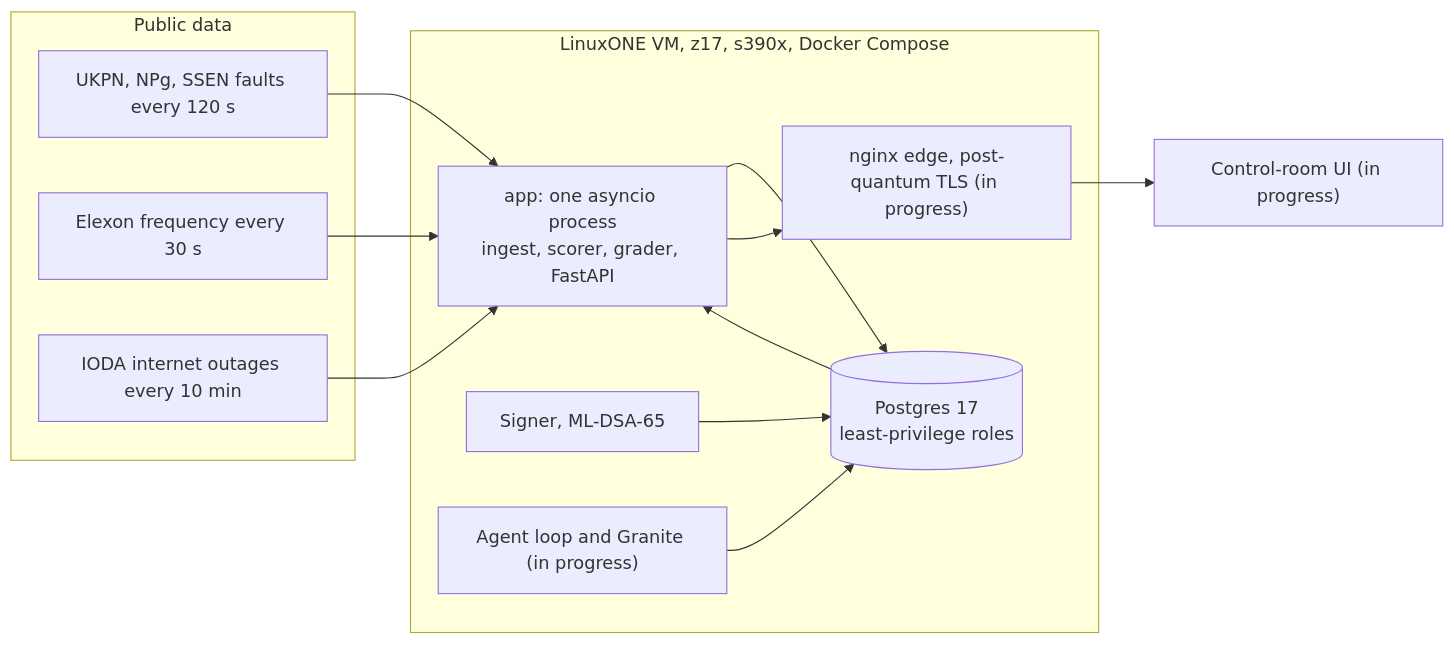
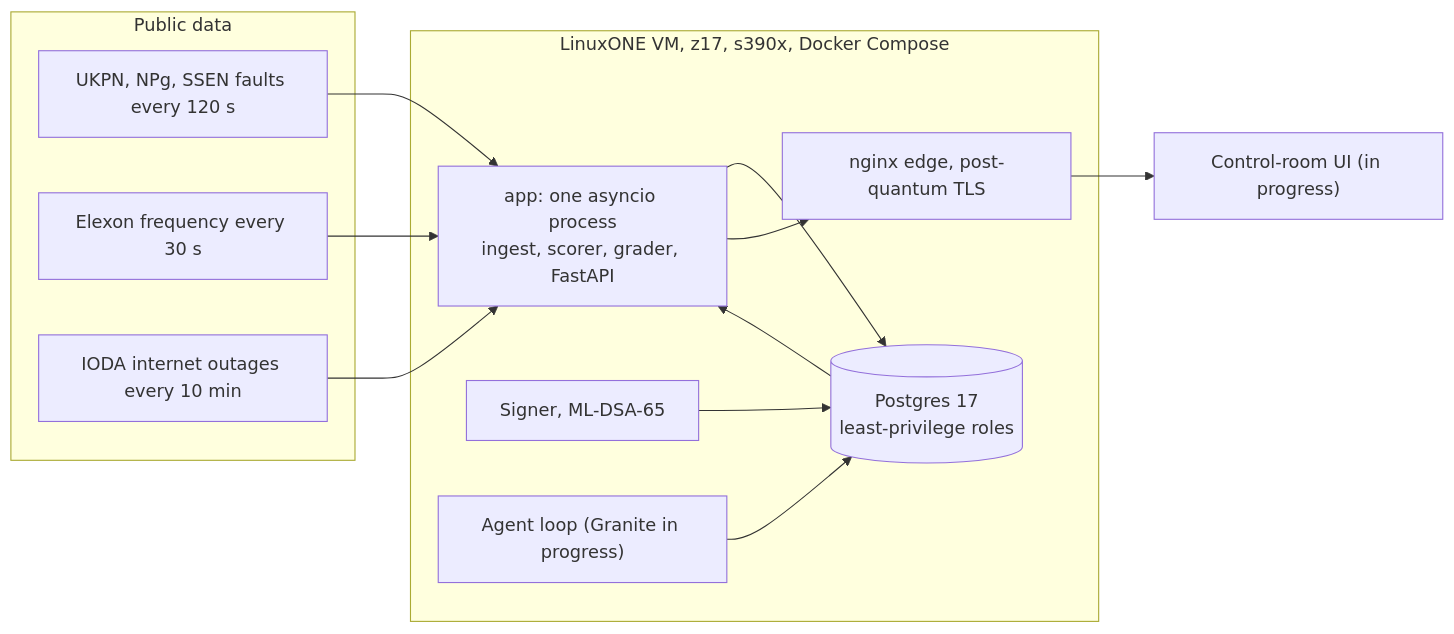
One commit to saliha006/BlackNaught changed the second of 2 diagrams in README.md. Above: the diagram before and after it, drawn with Mermaid.

Commit message:
Show the edge and the agent loop as live in the README diagram

````diff
--- a/README.md
+++ b/README.md
@@ -72,25 +72,25 @@
 ```mermaid
 flowchart LR
     subgraph Feeds["Public data"]
         F1["UKPN, NPg, SSEN faults every 120 s"]
         F2["Elexon frequency every 30 s"]
         F3["IODA internet outages every 10 min"]
     end
     subgraph VM["LinuxONE VM, z17, s390x, Docker Compose"]
         APP["app: one asyncio process<br/>ingest, scorer, grader, FastAPI"]
         DB[("Postgres 17<br/>least-privilege roles")]
-        EDGE["nginx edge, post-quantum TLS (in progress)"]
+        EDGE["nginx edge, post-quantum TLS"]
         SIGN["Signer, ML-DSA-65"]
-        AGENT["Agent loop and Granite (in progress)"]
+        AGENT["Agent loop (Granite in progress)"]
     end
     UI["Control-room UI (in progress)"]
     F1 --> APP
     F2 --> APP
     F3 --> APP
     APP --> DB
     DB --> APP
     AGENT --> DB
     SIGN --> DB
     APP --> EDGE
     EDGE --> UI
 ```
````
